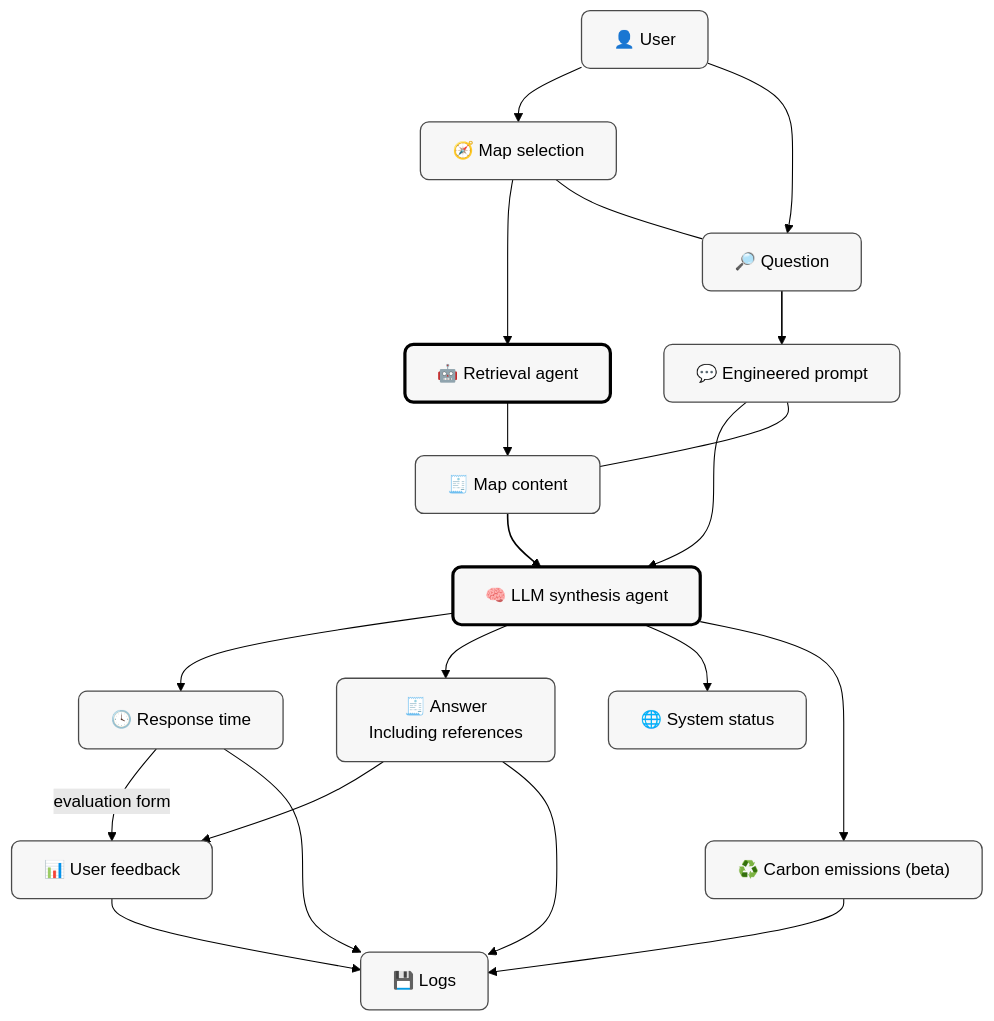
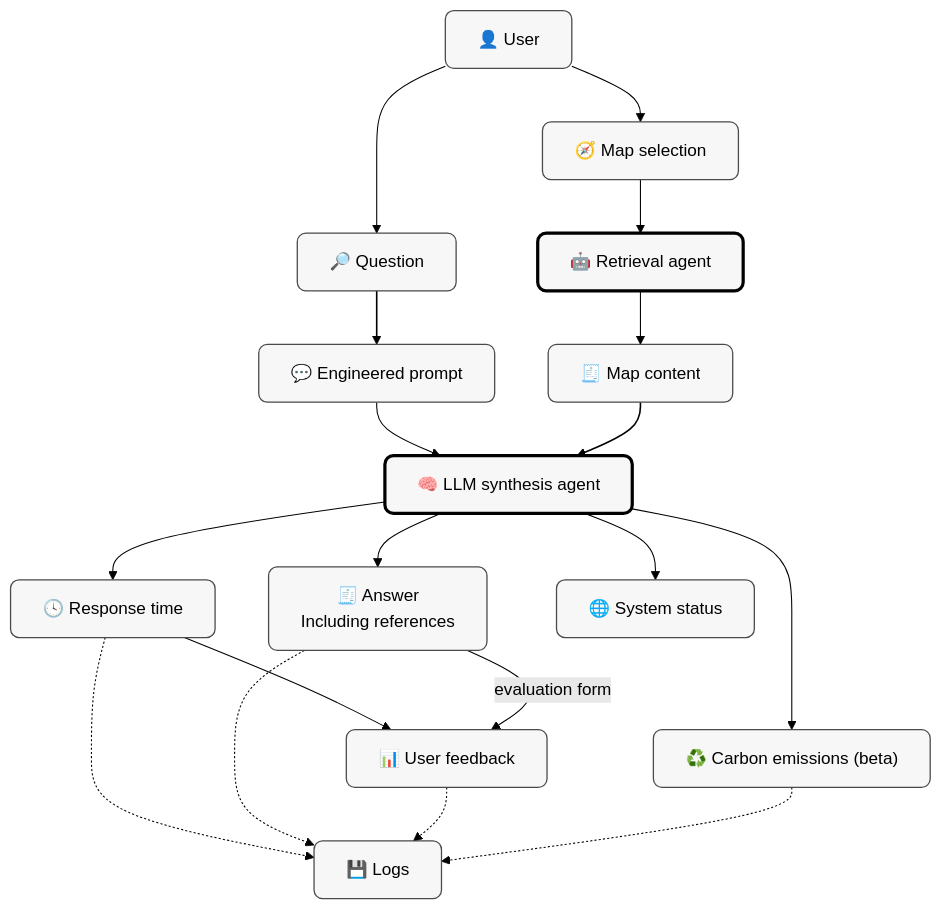
The diagram in README.md (ontox-project/Llemy), drawn with Mermaid (forest theme) before and after one commit.

Commit message:
further fix mermaid

````diff
--- a/README.md
+++ b/README.md
@@ -15,54 +15,51 @@
 ```mermaid
 flowchart TB
 
 %% Nodes
 A["👤 User"]
 B["🧭 Map selection"]
 C["🔎 Question"]
 D["🤖 Retrieval agent"]
 D0["🧾 Map content"]
 C0["💬 Engineered prompt"]
 E["🧠 LLM synthesis agent"]
 F["🕓 Response time"]
 G["🧾 Answer<br/>Including references"]
+J["♻️ Carbon emissions (beta)"]
 H["🌐 System status"]
 I["📊 User feedback"]
-J["♻️ Carbon emissions (beta)"]
 K["💾 Logs"]
 
 
 %% Flow
 A --> B
 A --> C
 B --> D
 C --> C0
 D --> D0
 C0 --> E
 D0 --> E
 E --> F
 E --> G
+E --> J
+F --> I
 E --> H
-E --> J
-F -- "evaluation form" --> I
-G --> I
-F --> K
-G --> K
-I --> K
-J --> K
+G --"evaluation form" --> I
+F -.-> K
+G -.-> K
+I -.-> K
+J -.-> K
 
 %% Base styling
 classDef default fill:#f7f7f7,stroke:#4a4a4a,stroke-width:1.2px,rx:8,ry:8;
 
 %% Emphasis nodes (thicker border)
 classDef emphasis fill:#f7f7f7,stroke:#000000,stroke-width:3px,rx:8,ry:8;
 
 class D,E emphasis;
 
-%% Force same-row alignment hints
-B --- C
-C0 --- D0
 
 %% slightly thicker key edges
 linkStyle 3 stroke-width:1.5px
 linkStyle 6 stroke-width:1.5px
 ```
````
